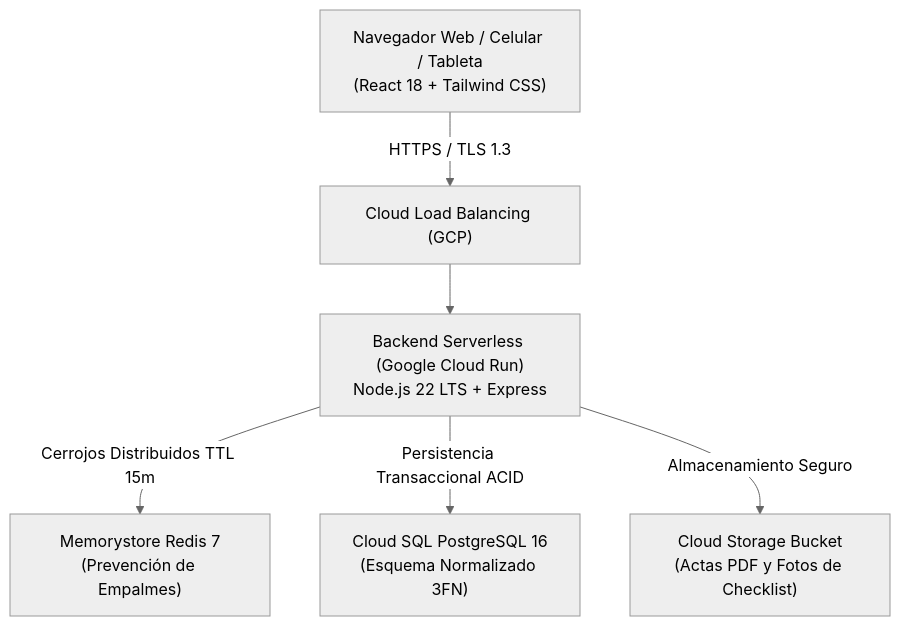
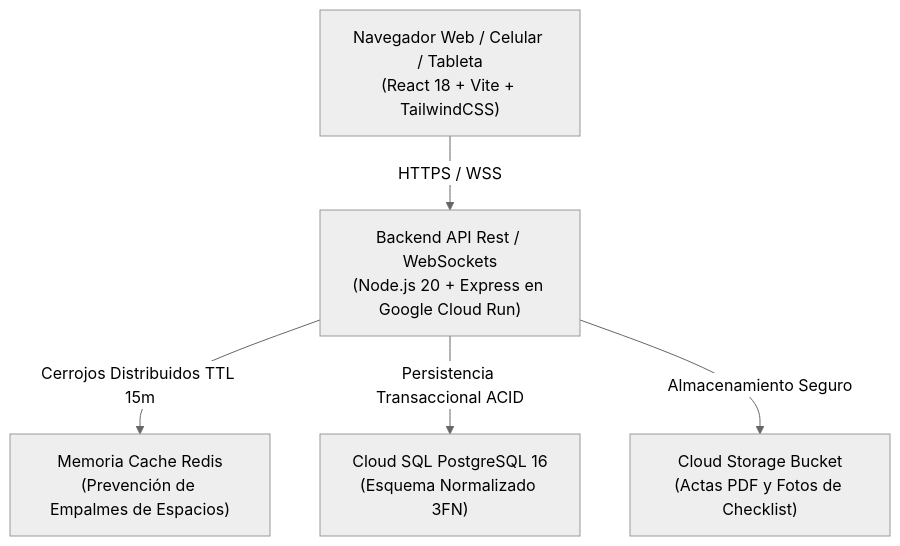
One commit to ErnestoFM/Inversion changed the third of 7 diagrams in docs/Propuesta_Inversion_SIGRE_Corregida.md. Above: the diagram before and after it, drawn with Mermaid (neutral theme). The commit also changed other lines of this file and 19 other files, not shown here.

````diff
--- a/docs/Propuesta_Inversion_SIGRE_Corregida.md
+++ b/docs/Propuesta_Inversion_SIGRE_Corregida.md
@@ -244,8 +246,9 @@
 ```mermaid
 flowchart TD
-    Cliente["Navegador Web / Celular / Tableta<br>(React 18 + Tailwind CSS)"] -->|HTTPS / TLS 1.3| LoadBalancer["Cloud Load Balancing (GCP)"]
-    LoadBalancer --> CloudRun["Backend Serverless (Google Cloud Run)<br>Node.js 22 LTS + Express"]
-    CloudRun -->|Cerrojos Distribuidos TTL 15m| Redis["Memorystore Redis 7<br>(Prevención de Empalmes)"]
+    Cliente["Navegador Web / Celular / Tableta<br>(React 18 + Vite + TailwindCSS)"]
+    CloudRun["Backend API Rest / WebSockets<br>(Node.js 20 + Express en Google Cloud Run)"]
+    Cliente -->|HTTPS / WSS| CloudRun
+    CloudRun -->|Cerrojos Distribuidos TTL 15m| Redis["Memoria Cache Redis<br>(Prevención de Empalmes de Espacios)"]
     CloudRun -->|Persistencia Transaccional ACID| PostgreSQL["Cloud SQL PostgreSQL 16<br>(Esquema Normalizado 3FN)"]
     CloudRun -->|Almacenamiento Seguro| GCS["Cloud Storage Bucket<br>(Actas PDF y Fotos de Checklist)"]
 ```
````
